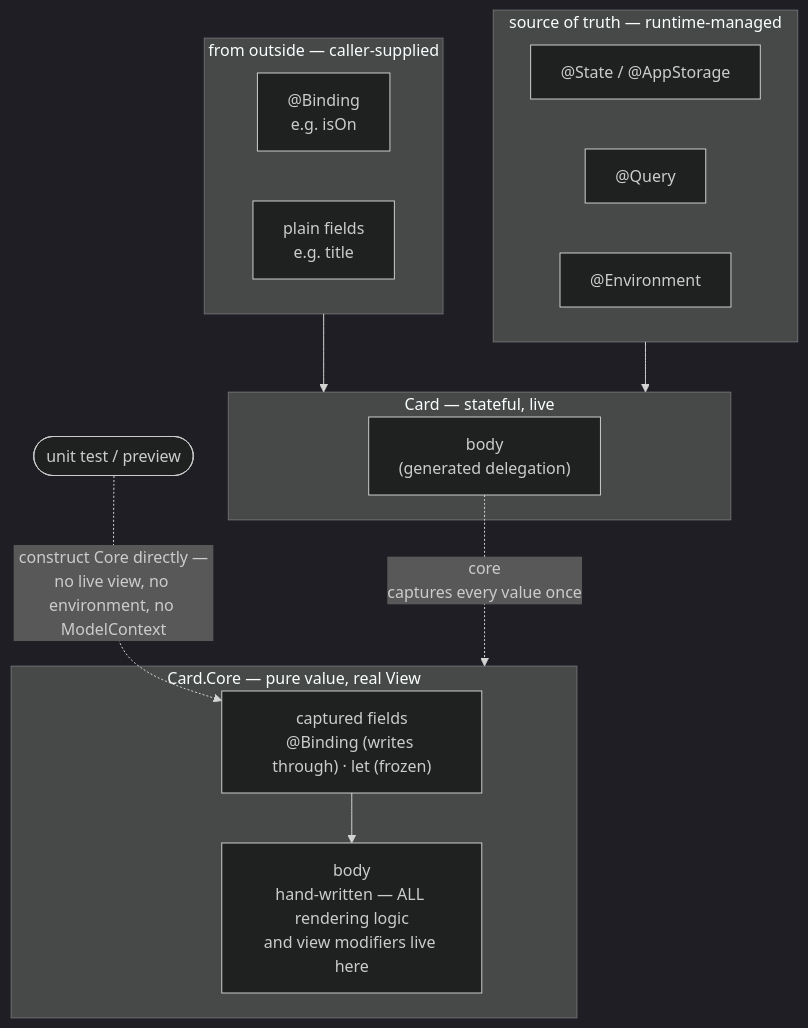
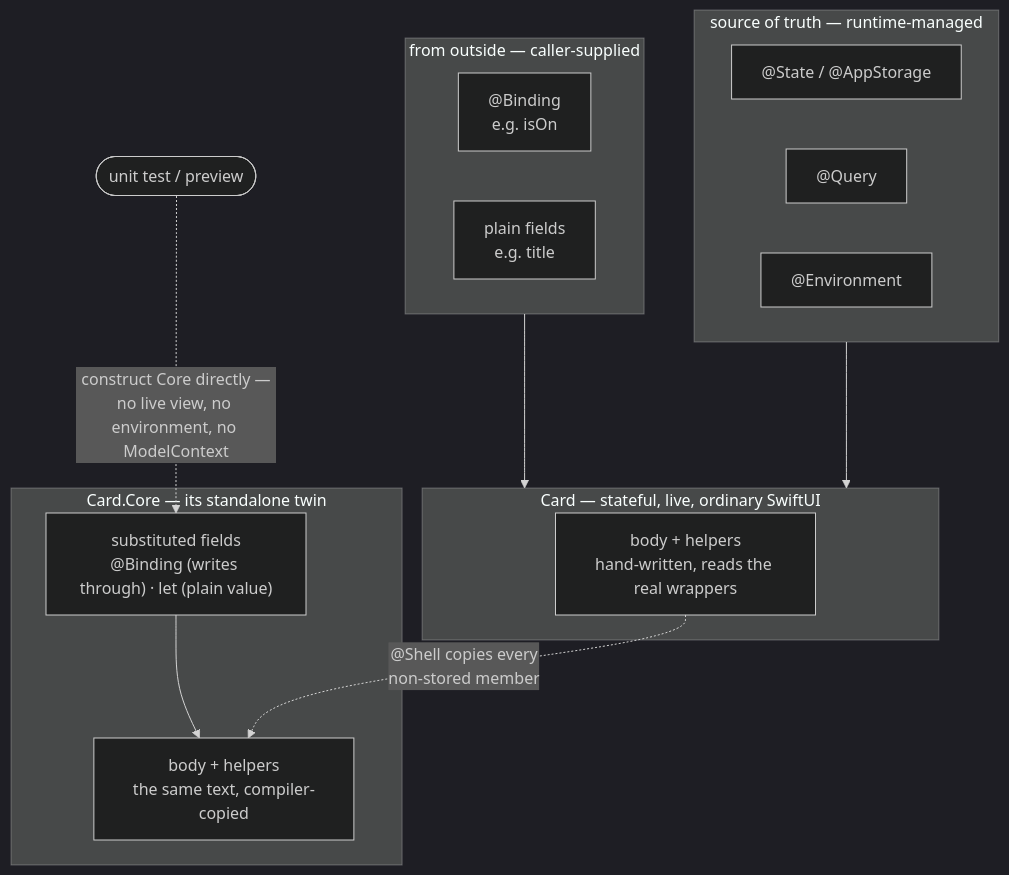
One commit to sisoje/swift-core-flow changed the first of 3 diagrams in README.md. Above: the diagram before and after it, drawn with Mermaid (dark theme). The commit also changed other lines of this file and 12 other files, not shown here.

First line of the commit message:
@Shell copies all non-stored members into Core; drop Examples target

````diff
--- a/README.md
+++ b/README.md
@@ -350,29 +295,29 @@
 ```mermaid
 flowchart TD
     subgraph Outside["from outside — caller-supplied"]
         Bind["@Binding<br/>e.g. isOn"]
         Plain["plain fields<br/>e.g. title"]
     end
 
     subgraph SOT["source of truth — runtime-managed"]
         State["@State / @AppStorage"]
         Query["@Query"]
         Env["@Environment"]
     end
 
     Outside --> Card
     SOT --> Card
 
-    subgraph Card["Card — stateful, live"]
-        CardBody["body<br/>(generated delegation)"]
+    subgraph Card["Card — stateful, live, ordinary SwiftUI"]
+        CardBody["body + helpers<br/>hand-written, reads the real wrappers"]
     end
 
-    subgraph SN["Card.Core — pure value, real View"]
-        Fields["captured fields<br/>@Binding (writes through) · let (frozen)"]
-        SNBody["body<br/>hand-written — ALL rendering logic<br/>and view modifiers live here"]
+    subgraph SN["Card.Core — its standalone twin"]
+        Fields["substituted fields<br/>@Binding (writes through) · let (plain value)"]
+        SNBody["body + helpers<br/>the same text, compiler-copied"]
         Fields --> SNBody
     end
 
-    CardBody -. "core<br/>captures every value once" .-> SN
+    CardBody -. "@Shell copies every<br/>non-stored member" .-> SNBody
     Test(["unit test / preview"]) -. "construct Core directly —<br/>no live view, no environment, no ModelContext" .-> Fields
 ```
````
